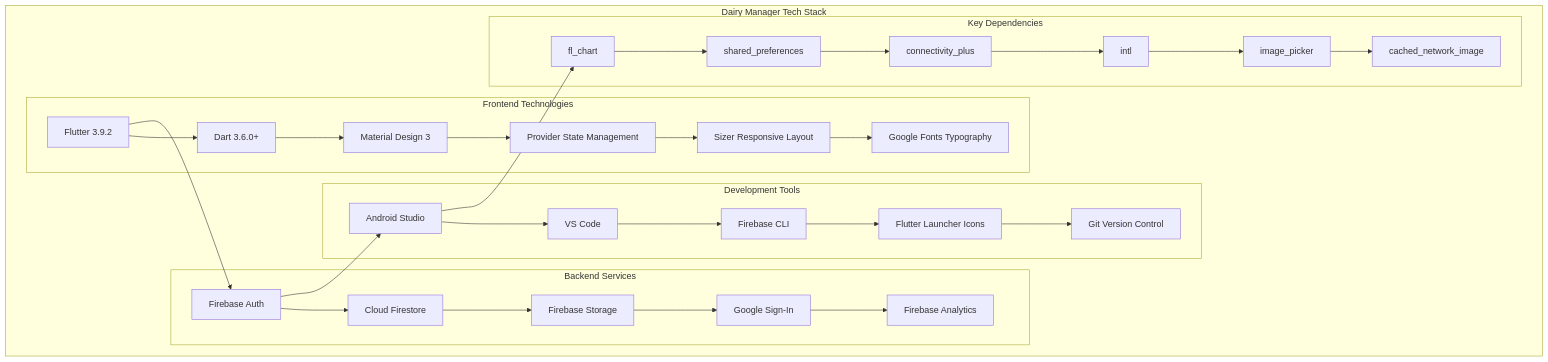
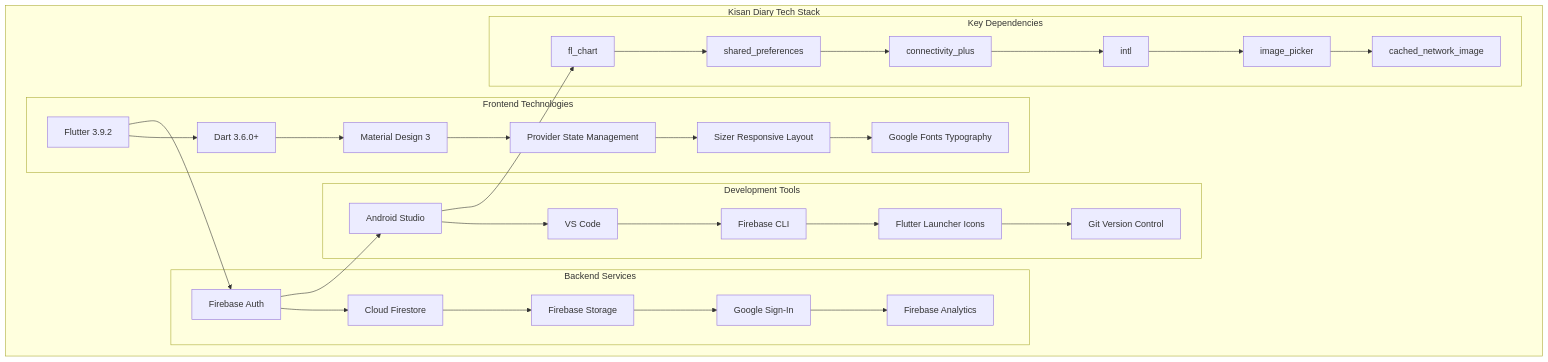
One commit to nextbharat-sic/agile6th_dairy_application changed the third of 8 diagrams in ARCHITECTURE_DIAGRAM.md. Above: the diagram before and after it, drawn with Mermaid. The commit also changed other lines of this file and 2 other files, not shown here.

Commit message:
Updated Technical Documentation, Readme, Architecture Diagram File

````diff
--- a/ARCHITECTURE_DIAGRAM.md
+++ b/ARCHITECTURE_DIAGRAM.md
@@ -98,38 +98,38 @@
 ```mermaid
 graph TB
-    subgraph "Dairy Manager Tech Stack"
+    subgraph "Kisan Diary Tech Stack"
         subgraph "Frontend Technologies"
             A[Flutter 3.9.2] --> B[Dart 3.6.0+]
             B --> C[Material Design 3]
             C --> D[Provider State Management]
             D --> E[Sizer Responsive Layout]
             E --> F[Google Fonts Typography]
         end
         
         subgraph "Backend Services"
             G[Firebase Auth] --> H[Cloud Firestore]
             H --> I[Firebase Storage]
             I --> J[Google Sign-In]
             J --> K[Firebase Analytics]
         end
         
         subgraph "Development Tools"
             L[Android Studio] --> M[VS Code]
             M --> N[Firebase CLI]
             N --> O[Flutter Launcher Icons]
             O --> P[Git Version Control]
         end
         
         subgraph "Key Dependencies"
             Q[fl_chart] --> R[shared_preferences]
             R --> S[connectivity_plus]
             S --> T[intl]
             T --> U[image_picker]
             U --> V[cached_network_image]
         end
     end
     
     A --> G
     G --> L
     L --> Q
 ```
````
